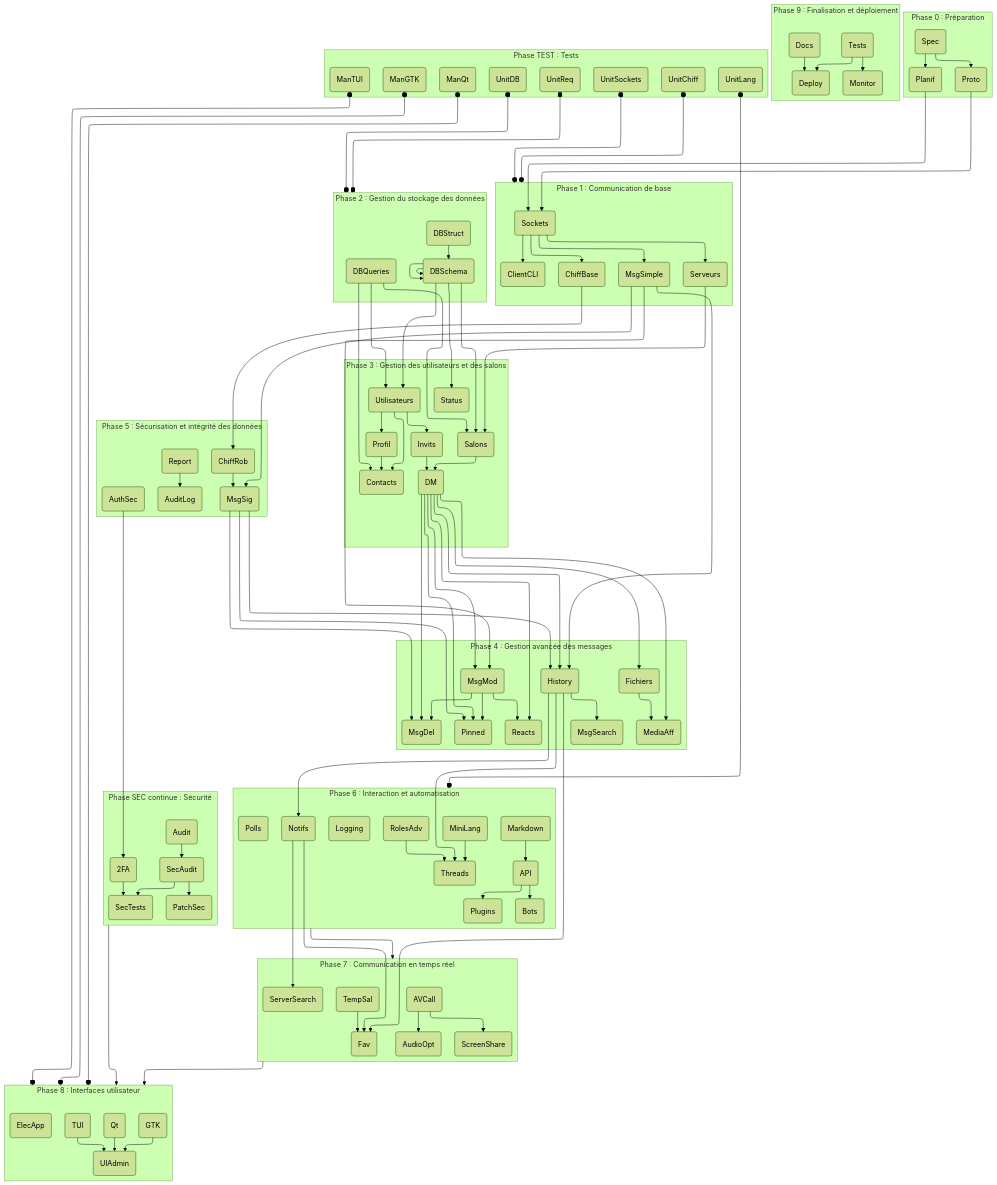
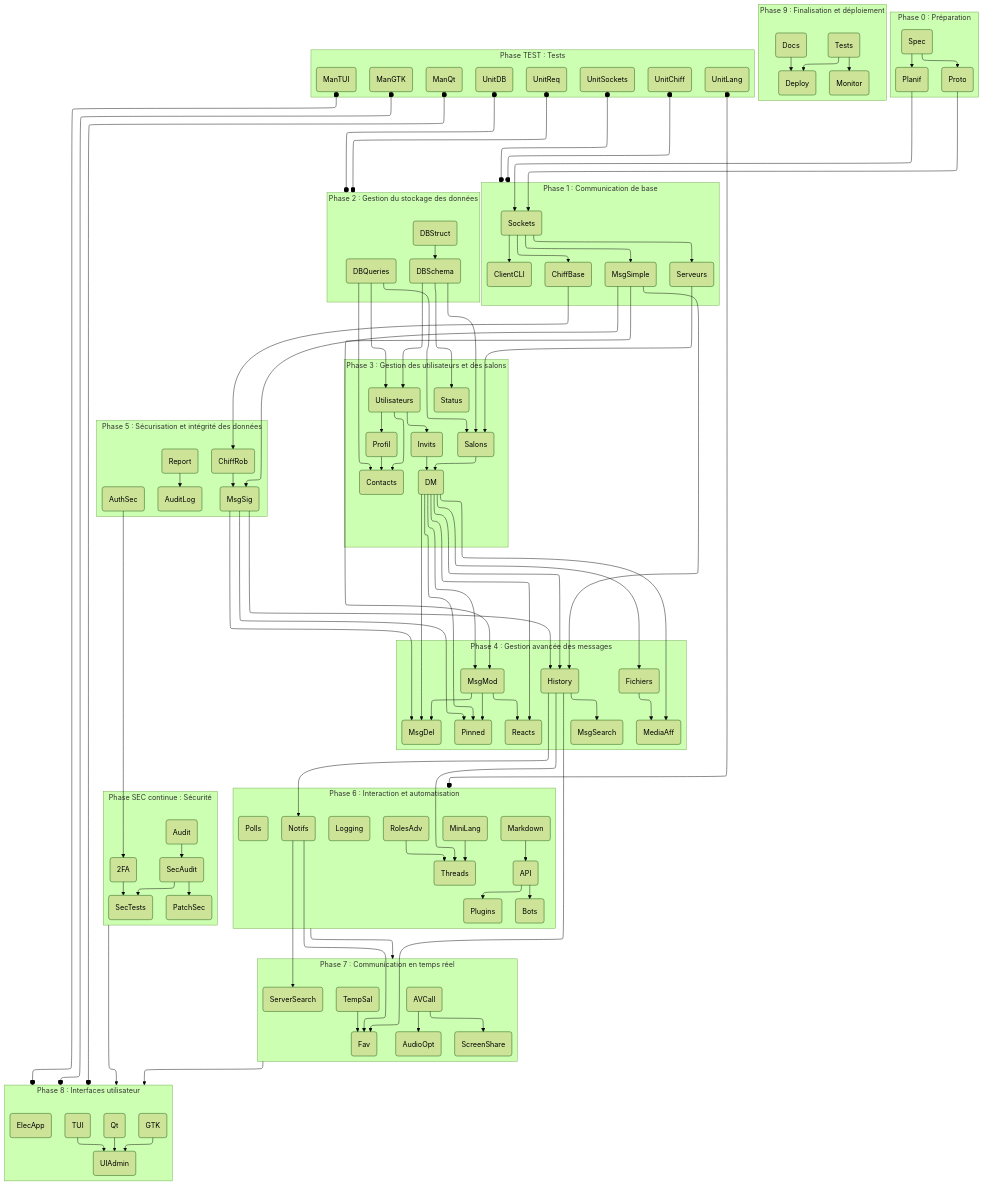
The diagram in PLAN.md (Skylord65/Corde), drawn with Mermaid (forest theme) before and after one commit.

Commit message:
docs(PLAN.md) : Correction d'une erreur de dépendances

```diff
--- a/PLAN.md
+++ b/PLAN.md
@@ -232,8 +232,6 @@
 T1_3 --> T5_2
 T1_4 --> T3_1
 T2_0 --> T2_1
-T2_1 --> T2_1
-T2_1 --> T2_1
 T2_2 --> T3_0
 T2_2 --> T3_1
 T2_2 --> T3_2
```
